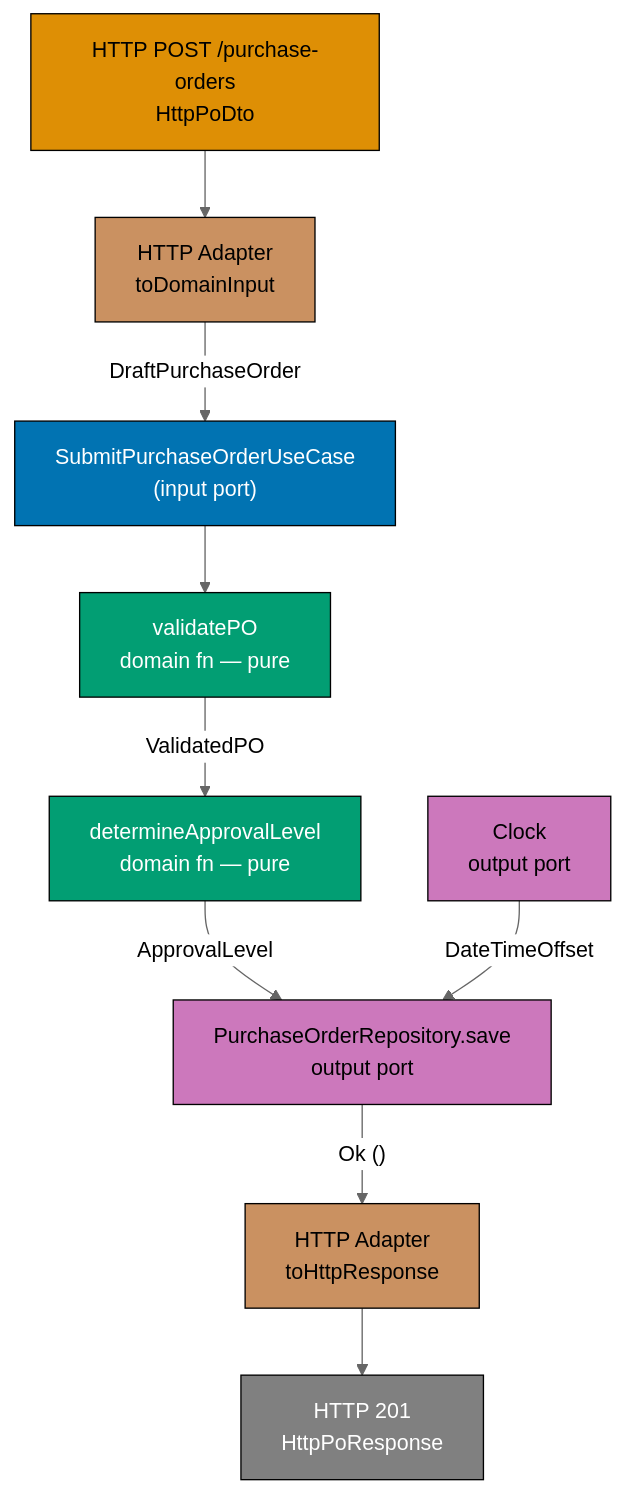
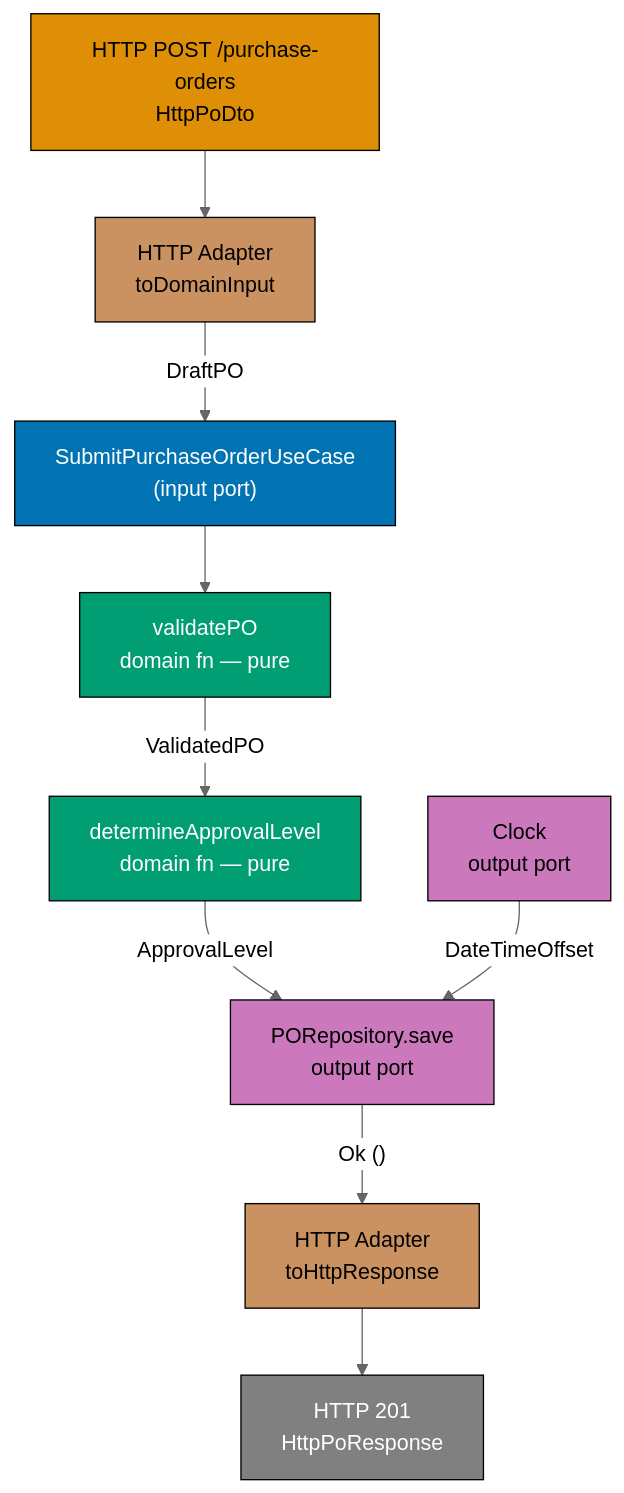
The third of 3 diagrams in apps/ayokoding-web/content/en/learn/software-engineering/software-architecture/hexagonal-architecture/in-fp-by-example/beginner.md (wahidyankf/open-sharia-enterprise), drawn with Mermaid (neutral theme) before and after one commit. The commit also changed 11 other files, not shown here.

First line of the commit message:
fix(ayokoding-web): repair 28 mermaid violations in expansion files

````diff
--- a/apps/ayokoding-web/content/en/learn/software-engineering/software-architecture/hexagonal-architecture/in-fp-by-example/beginner.md
+++ b/apps/ayokoding-web/content/en/learn/software-engineering/software-architecture/hexagonal-architecture/in-fp-by-example/beginner.md
@@ -5436,31 +5436,31 @@
 ```mermaid
 graph TD
     REQ["HTTP POST /purchase-orders\nHttpPoDto"]
     PARSE["HTTP Adapter\ntoDomainInput"]
     UC["SubmitPurchaseOrderUseCase\n(input port)"]
     VAL["validatePO\ndomain fn — pure"]
     LVL["determineApprovalLevel\ndomain fn — pure"]
-    SAVE["PurchaseOrderRepository.save\noutput port"]
+    SAVE["PORepository.save\noutput port"]
     CLK["Clock\noutput port"]
     MAP["HTTP Adapter\ntoHttpResponse"]
     RESP["HTTP 201\nHttpPoResponse"]
 
     REQ --> PARSE
-    PARSE -->|"DraftPurchaseOrder"| UC
+    PARSE -- "DraftPO" --> UC
     UC --> VAL
-    VAL -->|"ValidatedPO"| LVL
-    LVL -->|"ApprovalLevel"| SAVE
-    CLK -->|"DateTimeOffset"| SAVE
-    SAVE -->|"Ok ()"| MAP
+    VAL -- "ValidatedPO" --> LVL
+    LVL -- "ApprovalLevel" --> SAVE
+    CLK -- "DateTimeOffset" --> SAVE
+    SAVE -- "Ok ()" --> MAP
     MAP --> RESP
 
     style REQ fill:#DE8F05,stroke:#000,color:#000
     style PARSE fill:#CA9161,stroke:#000,color:#000
     style UC fill:#0173B2,stroke:#000,color:#fff
     style VAL fill:#029E73,stroke:#000,color:#fff
     style LVL fill:#029E73,stroke:#000,color:#fff
     style SAVE fill:#CC78BC,stroke:#000,color:#000
     style CLK fill:#CC78BC,stroke:#000,color:#000
     style MAP fill:#CA9161,stroke:#000,color:#000
     style RESP fill:#808080,stroke:#000,color:#fff
 ```
````
